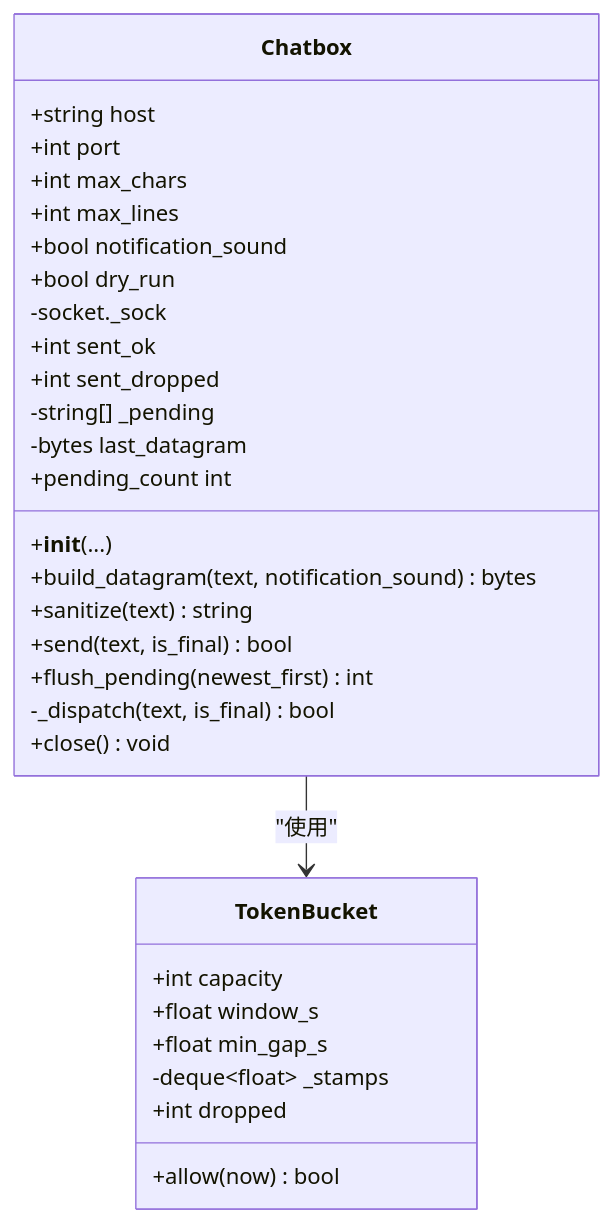
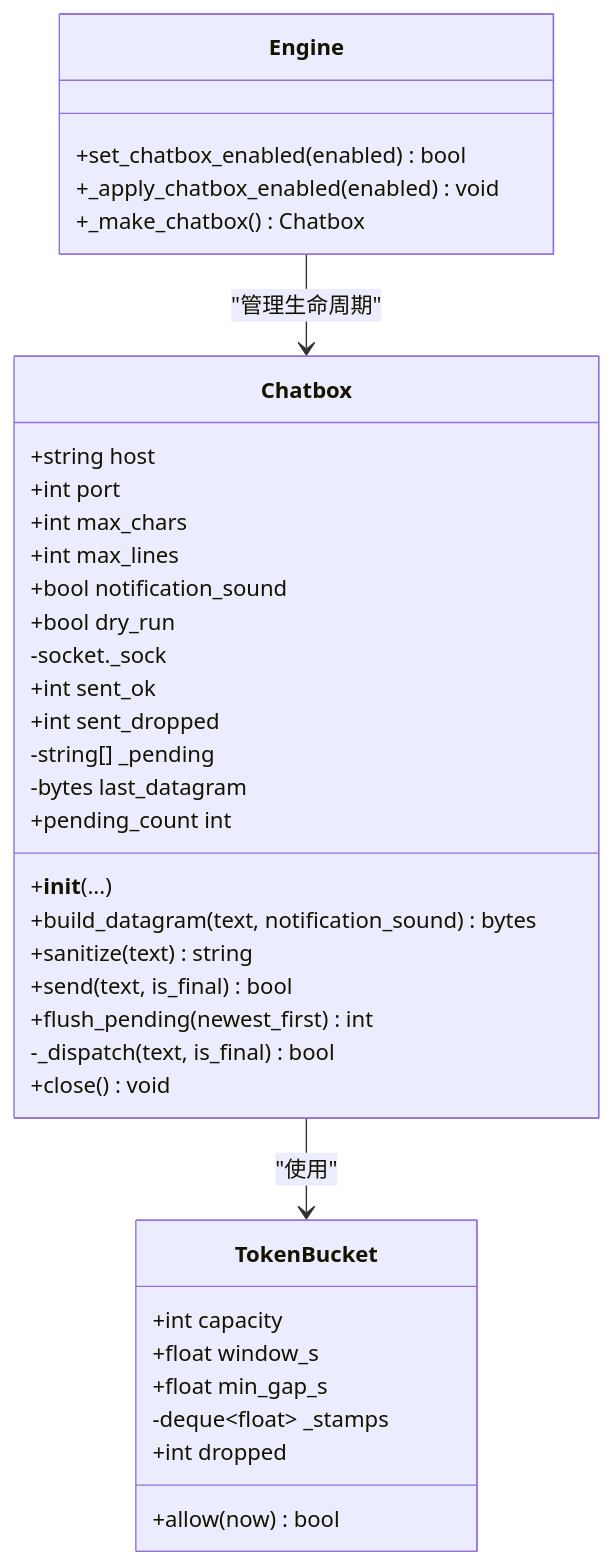
Before and after one commit to EMeowAGENT/vrchat-livetranslate: the fourth of 8 diagrams in .qoder/repowiki/zh/content/输出分发系统/Chatbox 气泡输出.md, drawn with Mermaid. The commit also changed other lines of this file and 75 other files, not shown here.

````diff
--- a/.qoder/repowiki/zh/content/输出分发系统/Chatbox 气泡输出.md
+++ b/.qoder/repowiki/zh/content/输出分发系统/Chatbox 气泡输出.md
@@ -146,33 +177,39 @@
 ```mermaid
 classDiagram
 class TokenBucket {
 +int capacity
 +float window_s
 +float min_gap_s
 -deque~float~ _stamps
 +int dropped
 +allow(now) bool
 }
 class Chatbox {
 +string host
 +int port
 +int max_chars
 +int max_lines
 +bool notification_sound
 +bool dry_run
 -socket._sock
 +int sent_ok
 +int sent_dropped
 -string[] _pending
 -bytes last_datagram
 +__init__(...)
 +build_datagram(text, notification_sound) bytes
 +sanitize(text) string
 +send(text, is_final) bool
 +flush_pending(newest_first) int
 +pending_count int
 -_dispatch(text, is_final) bool
 +close() void
 }
+class Engine {
++set_chatbox_enabled(enabled) bool
++_apply_chatbox_enabled(enabled) void
++_make_chatbox() Chatbox
+}
 Chatbox --> TokenBucket : "使用"
+Engine --> Chatbox : "管理生命周期"
 ```
````
